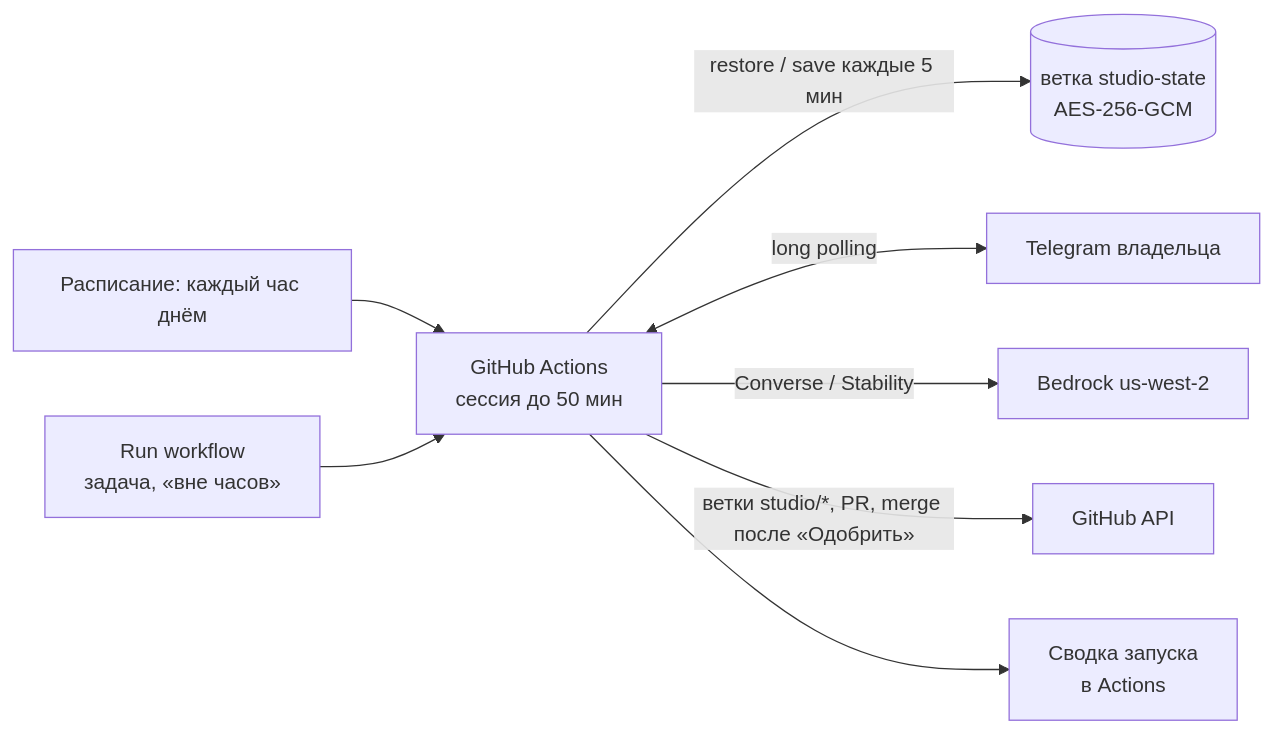
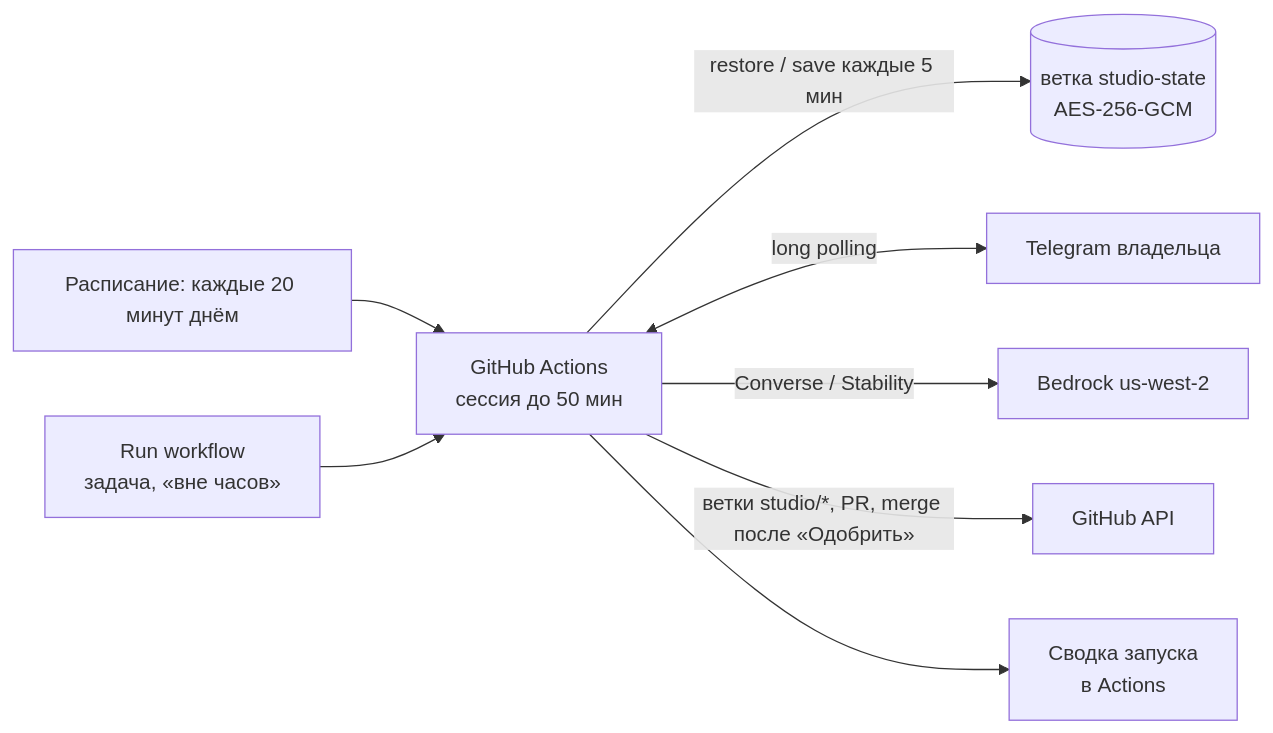
One commit to cccccccccccccccrre33/designe-2026 changed the third of 4 diagrams in docs/ARCHITECTURE.md. Above: the diagram before and after it, drawn with Mermaid. The commit also changed other lines of this file and 24 other files, not shown here.

First line of the commit message:
Приложение целиком командой; модели по живой проверке; расписание каждые 20 минут

````diff
--- a/docs/ARCHITECTURE.md
+++ b/docs/ARCHITECTURE.md
@@ -151,10 +151,10 @@
 ```mermaid
 flowchart LR
-  CRON[Расписание: каждый час днём] --> JOB[GitHub Actions\nсессия до 50 мин]
+  CRON[Расписание: каждые 20 минут днём] --> JOB[GitHub Actions\nсессия до 50 мин]
   RUN[Run workflow\nзадача, «вне часов»] --> JOB
   JOB -->|restore / save каждые 5 мин| ST[(ветка studio-state\nAES-256-GCM)]
   JOB <-->|long polling| TG[Telegram владельца]
   JOB -->|Converse / Stability| BR[Bedrock us-west-2]
   JOB -->|ветки studio/*, PR, merge после «Одобрить»| GH[GitHub API]
   JOB --> SUM[Сводка запуска\nв Actions]
 ```
````
